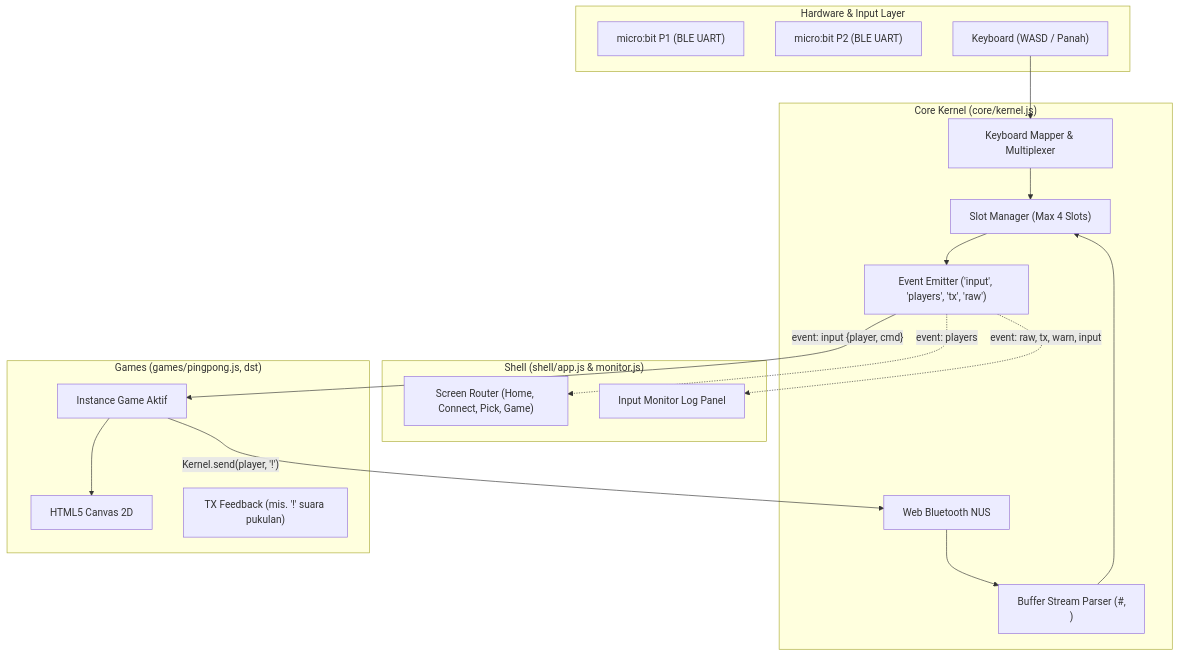
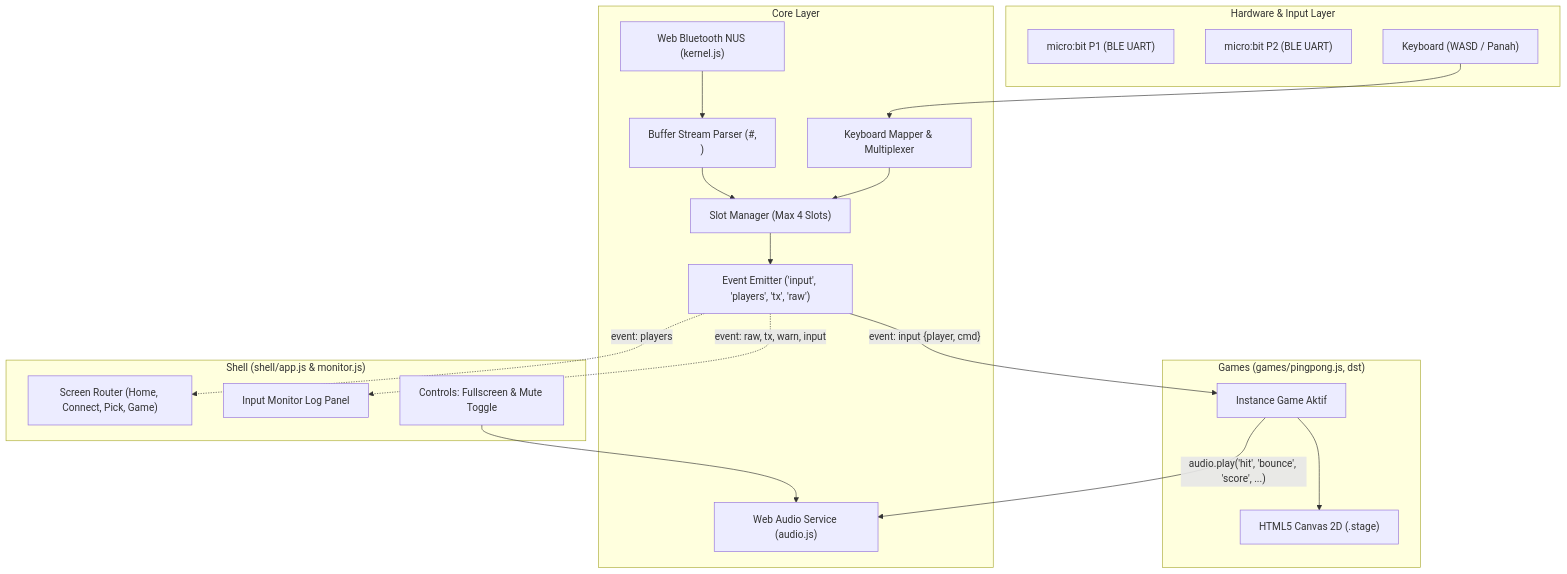
One commit to SaepudinAep/microbit-games changed the diagram in plan/README.md. Above: the diagram before and after it, drawn with Mermaid. The commit also changed other lines of this file and 5 other files, not shown here.

````diff
--- a/plan/README.md
+++ b/plan/README.md
@@ -62,40 +63,42 @@
 ```mermaid
 flowchart TD
     subgraph Hardware["Hardware & Input Layer"]
         MB1["micro:bit P1 (BLE UART)"]
         MB2["micro:bit P2 (BLE UART)"]
         KB["Keyboard (WASD / Panah)"]
     end
 
-    subgraph CoreLayer["Core Kernel (core/kernel.js)"]
-        BLE["Web Bluetooth NUS"]
+    subgraph CoreLayer["Core Layer"]
+        BLE["Web Bluetooth NUS (kernel.js)"]
         Parser["Buffer Stream Parser (#, \n)"]
         SlotMgr["Slot Manager (Max 4 Slots)"]
         KBMgr["Keyboard Mapper & Multiplexer"]
         EventBus["Event Emitter ('input', 'players', 'tx', 'raw')"]
+        Audio["Web Audio Service (audio.js)"]
         
         BLE --> Parser
         Parser --> SlotMgr
         KB --> KBMgr
         KBMgr --> SlotMgr
         SlotMgr --> EventBus
     end
 
     subgraph ShellLayer["Shell (shell/app.js & monitor.js)"]
         UI["Screen Router (Home, Connect, Pick, Game)"]
         Mon["Input Monitor Log Panel"]
+        FSAudio["Controls: Fullscreen & Mute Toggle"]
         
         EventBus -.->|"event: players"| UI
         EventBus -.->|"event: raw, tx, warn, input"| Mon
+        FSAudio --> Audio
     end
 
     subgraph GameLayer["Games (games/pingpong.js, dst)"]
         ActiveGame["Instance Game Aktif"]
-        Canvas["HTML5 Canvas 2D"]
-        Feedback["TX Feedback (mis. '!' suara pukulan)"]
+        Canvas["HTML5 Canvas 2D (.stage)"]
         
         EventBus -->|"event: input {player, cmd}"| ActiveGame
         ActiveGame --> Canvas
-        ActiveGame -->|"Kernel.send(player, '!')"| BLE
+        ActiveGame -->|"audio.play('hit', 'bounce', 'score', ...)"| Audio
     end
 ```
````
